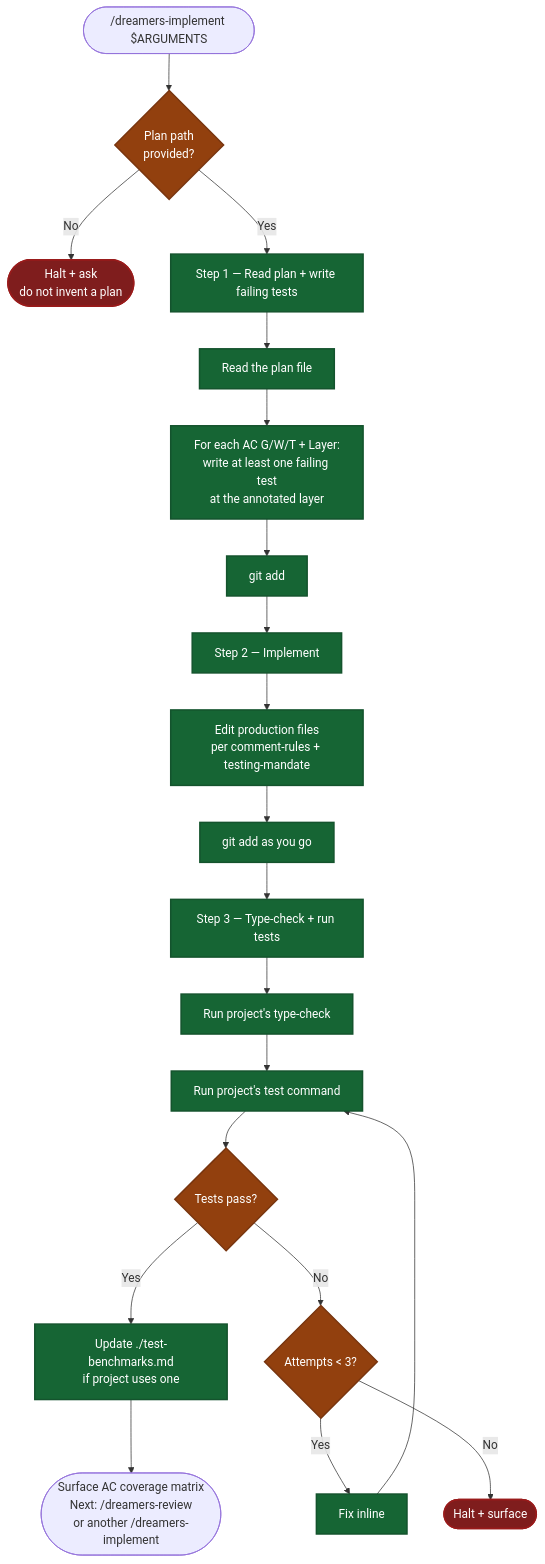
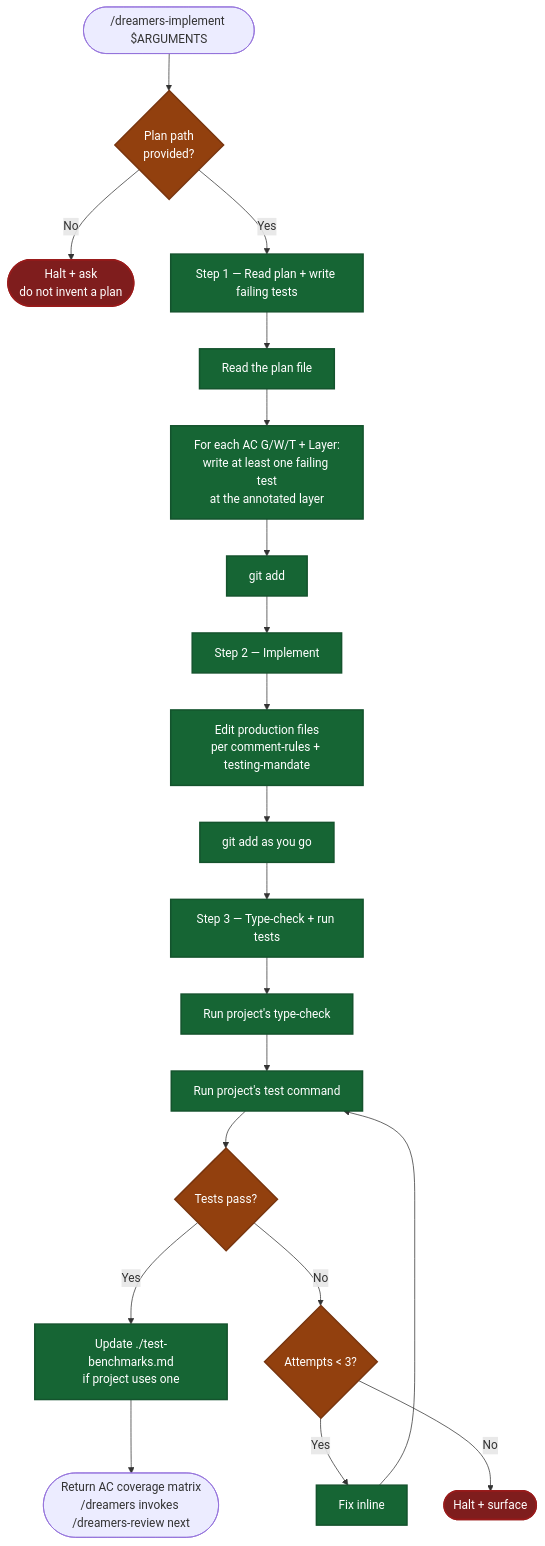
Before and after one commit to mrStorrs/dreamers-copilot: the diagram in .github/skills/dreamers-implement/readme.md, drawn with Mermaid. The commit also changed other lines of this file and 44 other files, not shown here.

````diff
--- a/.github/skills/dreamers-implement/readme.md
+++ b/.github/skills/dreamers-implement/readme.md
@@ -5,33 +5,33 @@
 ```mermaid
 flowchart TD
     Start(["/dreamers-implement $ARGUMENTS"]) --> ArgCheck{"Plan path<br/>provided?"}
     ArgCheck -->|No| HaltA(["Halt + ask<br/>do not invent a plan"])
     ArgCheck -->|Yes| S1
 
     S1["Step 1 — Read plan + write failing tests"] --> ReadPlan["Read the plan file"]
     ReadPlan --> WriteTests["For each AC G/W/T + Layer:<br/>write at least one failing test<br/>at the annotated layer"]
     WriteTests --> Stage1["git add"]
     Stage1 --> S2
 
     S2["Step 2 — Implement"] --> EditFiles["Edit production files<br/>per comment-rules + testing-mandate"]
     EditFiles --> Stage2["git add as you go"]
     Stage2 --> S3
 
     S3["Step 3 — Type-check + run tests"] --> TypeCheck["Run project's type-check"]
     TypeCheck --> RunTests["Run project's test command"]
     RunTests --> TestResult{"Tests pass?"}
     TestResult -->|Yes| Benchmarks["Update ./test-benchmarks.md<br/>if project uses one"]
     TestResult -->|No| AttemptCheck{"Attempts < 3?"}
     AttemptCheck -->|Yes| FixInline["Fix inline"]
     FixInline --> RunTests
     AttemptCheck -->|No| HaltB(["Halt + surface"])
-    Benchmarks --> End(["Surface AC coverage matrix<br/>Next: /dreamers-review<br/>or another /dreamers-implement"])
+    Benchmarks --> End(["Return AC coverage matrix<br/>/dreamers invokes /dreamers-review next"])
 
     classDef gate fill:#92400e,stroke:#78350f,stroke-width:2px,color:#fff
     classDef halt fill:#7f1d1d,stroke:#991b1b,stroke-width:2px,color:#fff
     classDef phase fill:#166534,stroke:#14532d,stroke-width:2px,color:#fff
 
     class ArgCheck,TestResult,AttemptCheck gate
     class HaltA,HaltB halt
     class S1,S2,S3,ReadPlan,WriteTests,Stage1,EditFiles,Stage2,TypeCheck,RunTests,FixInline,Benchmarks phase
 ```
````
